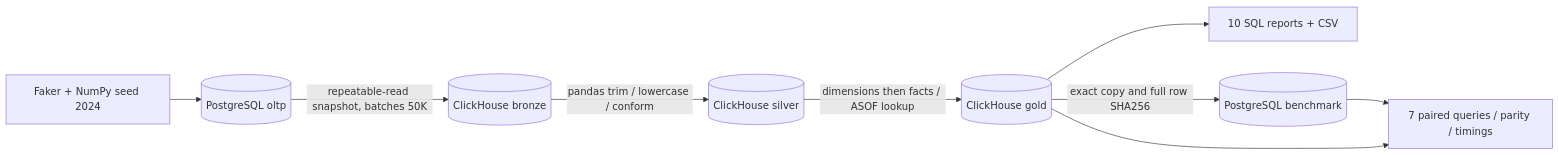
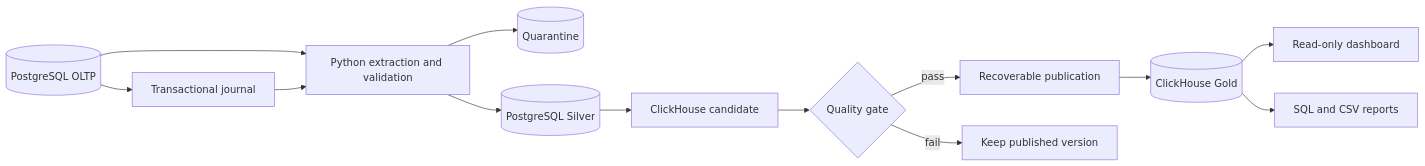
One commit to TamDaE2k5/data_warehouse_4_e-learning changed the first of 2 diagrams in docs/architecture.md. Above: the diagram before and after it, drawn with Mermaid. The commit also changed other lines of this file and 144 other files, not shown here.

````diff
--- a/docs/architecture.md
+++ b/docs/architecture.md
@@ -7,11 +20,15 @@
 ```mermaid
 flowchart LR
-  F[Faker + NumPy seed 2024] --> P[(PostgreSQL oltp)]
-  P -->|repeatable-read snapshot, batches 50K| B[(ClickHouse bronze)]
-  B -->|pandas trim / lowercase / conform| S[(ClickHouse silver)]
-  S -->|dimensions then facts / ASOF lookup| G[(ClickHouse gold)]
-  G --> R[10 SQL reports + CSV]
-  G -->|exact copy and full row SHA256| M[(PostgreSQL benchmark)]
-  M --> Q[7 paired queries / parity / timings]
-  G --> Q
+  S[(PostgreSQL OLTP)] --> J[Transactional journal]
+  S --> E[Python extraction and validation]
+  J --> E
+  E --> Q[(Quarantine)]
+  E --> V[(PostgreSQL Silver)]
+  V --> C[ClickHouse candidate]
+  C --> G{Quality gate}
+  G -->|pass| P[Recoverable publication]
+  G -->|fail| K[Keep published version]
+  P --> W[(ClickHouse Gold)]
+  W --> D[Read-only dashboard]
+  W --> R[SQL and CSV reports]
 ```
````
